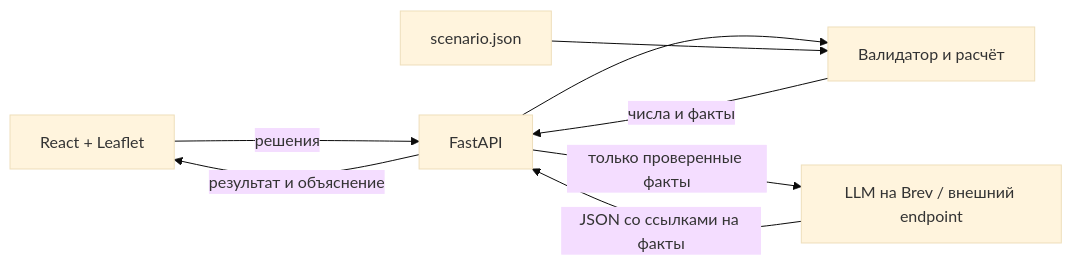
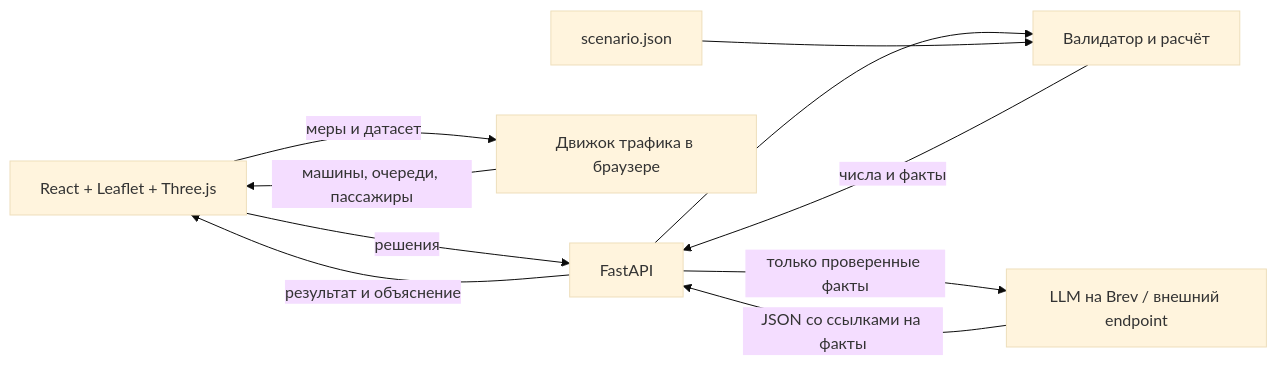
One commit to BAITC-Hacks/hack-55232f74-projectzero-team changed the diagram in docs/architecture.md. Above: the diagram before and after it, drawn with Mermaid (base theme). The commit also changed other lines of this file and 19 other files, not shown here.

````diff
--- a/docs/architecture.md
+++ b/docs/architecture.md
@@ -5,10 +5,12 @@
 ```mermaid
 flowchart LR
-    UI[React + Leaflet] -->|решения| API[FastAPI]
+    UI[React + Leaflet + Three.js] -->|решения| API[FastAPI]
+    UI -->|меры и датасет| Traffic[Движок трафика в браузере]
+    Traffic -->|машины, очереди, пассажиры| UI
     API --> Engine[Валидатор и расчёт]
     Data[scenario.json] --> Engine
     Engine -->|числа и факты| API
     API -->|только проверенные факты| LLM[LLM на Brev / внешний endpoint]
     LLM -->|JSON со ссылками на факты| API
     API -->|результат и объяснение| UI
 ```
````
